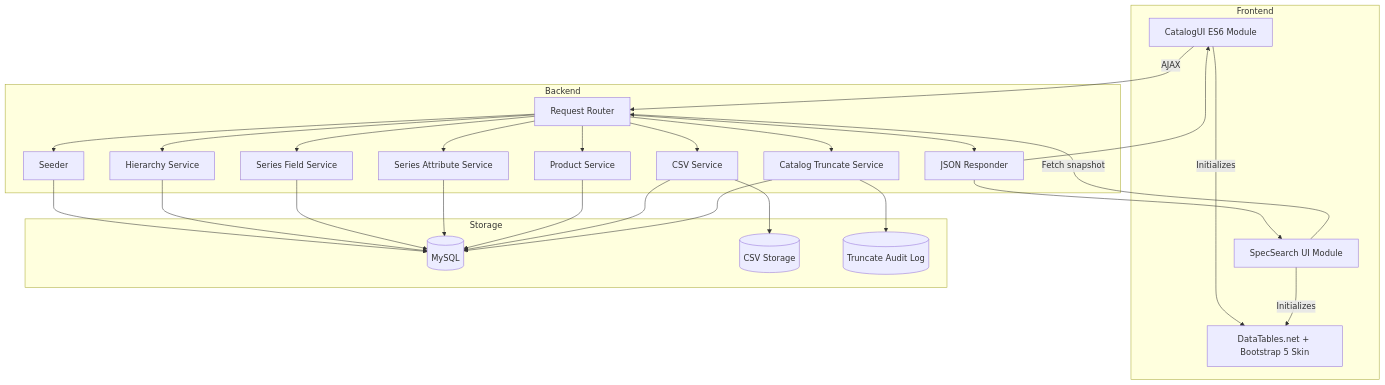
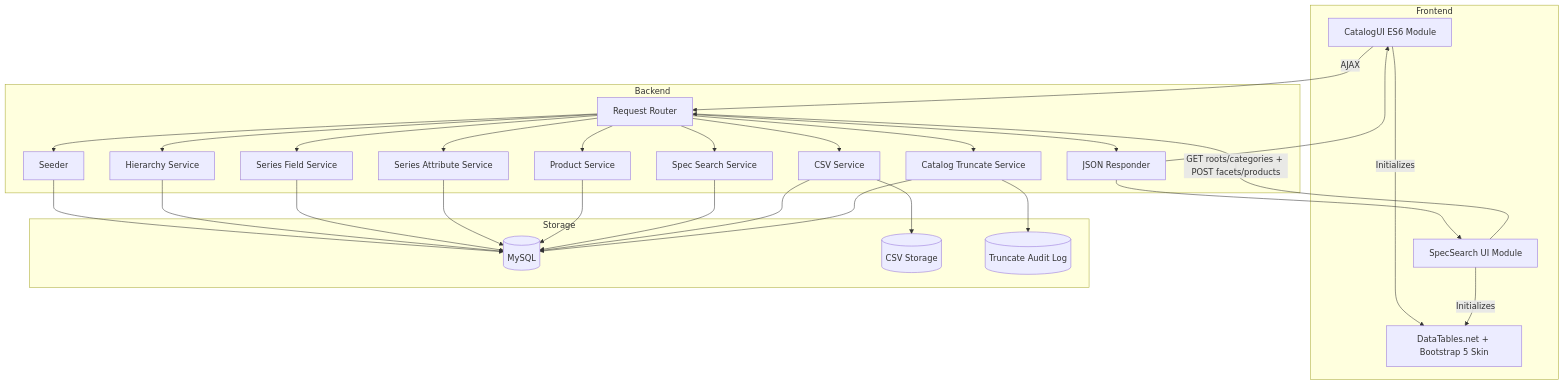
The third of 19 diagrams in docs/spec.md (sinjie2008/Foundational-Electronics-Core-Systems), drawn with Mermaid before and after one commit. The commit also changed other lines of this file and 15 other files, not shown here.

````diff
--- a/docs/spec.md
+++ b/docs/spec.md
@@ -427,47 +431,50 @@
 ```mermaid
 graph TD
     subgraph Frontend
         CatalogUI[CatalogUI ES6 Module]
         SpecSearchUI[SpecSearch UI Module]
         DataTablesPlugin[DataTables.net + Bootstrap 5 Skin]
     end
     subgraph Backend
         Controller[Request Router]
         SeedModule[Seeder]
         HierarchyModule[Hierarchy Service]
         SeriesFieldModule[Series Field Service]
         SeriesAttributeModule[Series Attribute Service]
         ProductModule[Product Service]
+        SpecSearchModule[Spec Search Service]
         CsvModule[CSV Service]
         TruncateModule[Catalog Truncate Service]
         JsonResponder[JSON Responder]
     end
     subgraph Storage
         MySQLDB[(MySQL)]
         CsvStore[(CSV Storage)]
         AuditLog[(Truncate Audit Log)]
     end
     CatalogUI -->|Initializes| DataTablesPlugin
     CatalogUI -->|AJAX| Controller
-    SpecSearchUI -->|Fetch snapshot| Controller
+    SpecSearchUI -->|GET roots/categories + POST facets/products| Controller
     SpecSearchUI -->|Initializes| DataTablesPlugin
     Controller --> SeedModule
     Controller --> HierarchyModule
     Controller --> SeriesFieldModule
     Controller --> SeriesAttributeModule
     Controller --> ProductModule
+    Controller --> SpecSearchModule
     Controller --> CsvModule
     Controller --> TruncateModule
     Controller --> JsonResponder
     JsonResponder --> CatalogUI
     JsonResponder --> SpecSearchUI
     SeedModule --> MySQLDB
     HierarchyModule --> MySQLDB
     SeriesFieldModule --> MySQLDB
     SeriesAttributeModule --> MySQLDB
     ProductModule --> MySQLDB
+    SpecSearchModule --> MySQLDB
     CsvModule --> MySQLDB
     CsvModule --> CsvStore
     TruncateModule --> MySQLDB
     TruncateModule --> AuditLog
 ```
````
